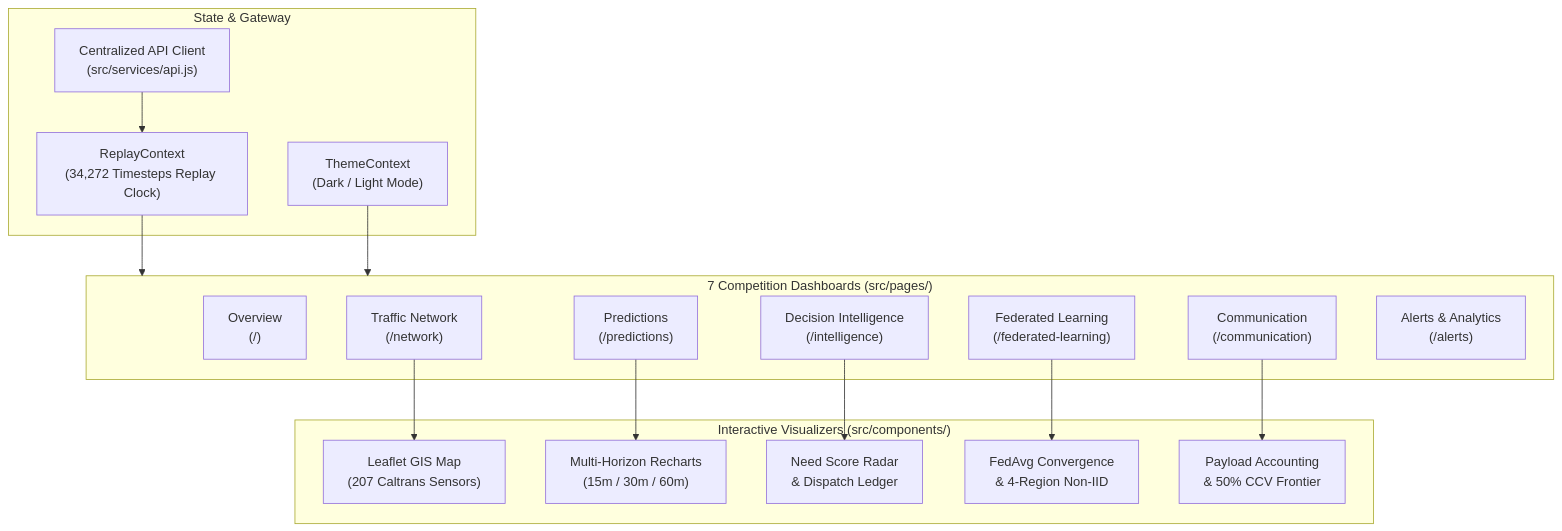
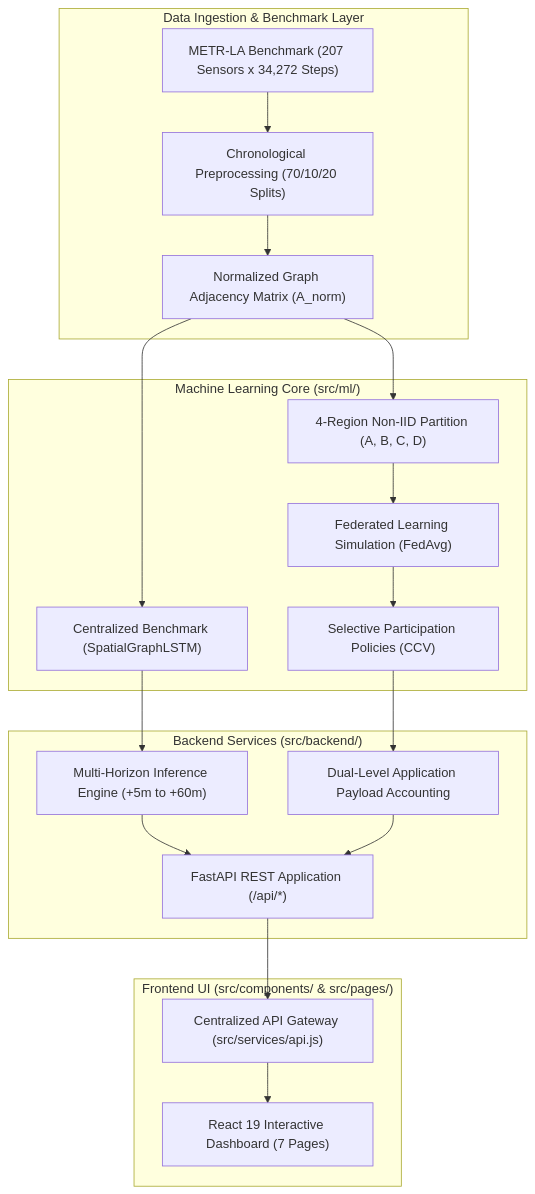
Before and after one commit to AdarshSingh4455/A3-PS003-TC198: the diagram in src/README.md, drawn with Mermaid. The commit also changed other lines of this file and 264 other files, not shown here.

````diff
--- a/src/README.md
+++ b/src/README.md
@@ -11,36 +29,26 @@
 ```mermaid
 flowchart TD
-    subgraph Core ["State & Gateway"]
-        API["Centralized API Client<br/>(src/services/api.js)"]
-        Clock["ReplayContext<br/>(34,272 Timesteps Replay Clock)"]
-        Theme["ThemeContext<br/>(Dark / Light Mode)"]
+    subgraph Data Layer ["Data Ingestion & Benchmark Layer"]
+        A["METR-LA Benchmark (207 Sensors x 34,272 Steps)"] --> B["Chronological Preprocessing (70/10/20 Splits)"]
+        B --> C["Normalized Graph Adjacency Matrix (A_norm)"]
     end
 
-    subgraph Dashboards ["7 Competition Dashboards (src/pages/)"]
-        P1["Overview<br/>(/)"]
-        P2["Traffic Network<br/>(/network)"]
-        P3["Predictions<br/>(/predictions)"]
-        P4["Decision Intelligence<br/>(/intelligence)"]
-        P5["Federated Learning<br/>(/federated-learning)"]
-        P6["Communication<br/>(/communication)"]
-        P7["Alerts & Analytics<br/>(/alerts)"]
+    subgraph Modeling & Training ["Machine Learning Core (src/ml/)"]
+        C --> D["Centralized Benchmark (SpatialGraphLSTM)"]
+        C --> E["4-Region Non-IID Partition (A, B, C, D)"]
+        E --> F["Federated Learning Simulation (FedAvg)"]
+        F --> G["Selective Participation Policies (CCV)"]
     end
 
-    subgraph Visualizations ["Interactive Visualizers (src/components/)"]
-        Map["Leaflet GIS Map<br/>(207 Caltrans Sensors)"]
-        ForecastChart["Multi-Horizon Recharts<br/>(15m / 30m / 60m)"]
-        JuryTable["Need Score Radar<br/>& Dispatch Ledger"]
-        FLCard["FedAvg Convergence<br/>& 4-Region Non-IID"]
-        CommPie["Payload Accounting<br/>& 50% CCV Frontier"]
+    subgraph Serving & Evaluation ["Backend Services (src/backend/)"]
+        D --> H["Multi-Horizon Inference Engine (+5m to +60m)"]
+        G --> I["Dual-Level Application Payload Accounting"]
+        H --> J["FastAPI REST Application (/api/*)"]
+        I --> J
     end
 
-    API --> Clock
-    Clock --> Dashboards
-    Theme --> Dashboards
-
-    P2 --> Map
-    P3 --> ForecastChart
-    P4 --> JuryTable
-    P5 --> FLCard
-    P6 --> CommPie
+    subgraph Client Application ["Frontend UI (src/components/ & src/pages/)"]
+        J --> K["Centralized API Gateway (src/services/api.js)"]
+        K --> L["React 19 Interactive Dashboard (7 Pages)"]
+    end
 ```
````
